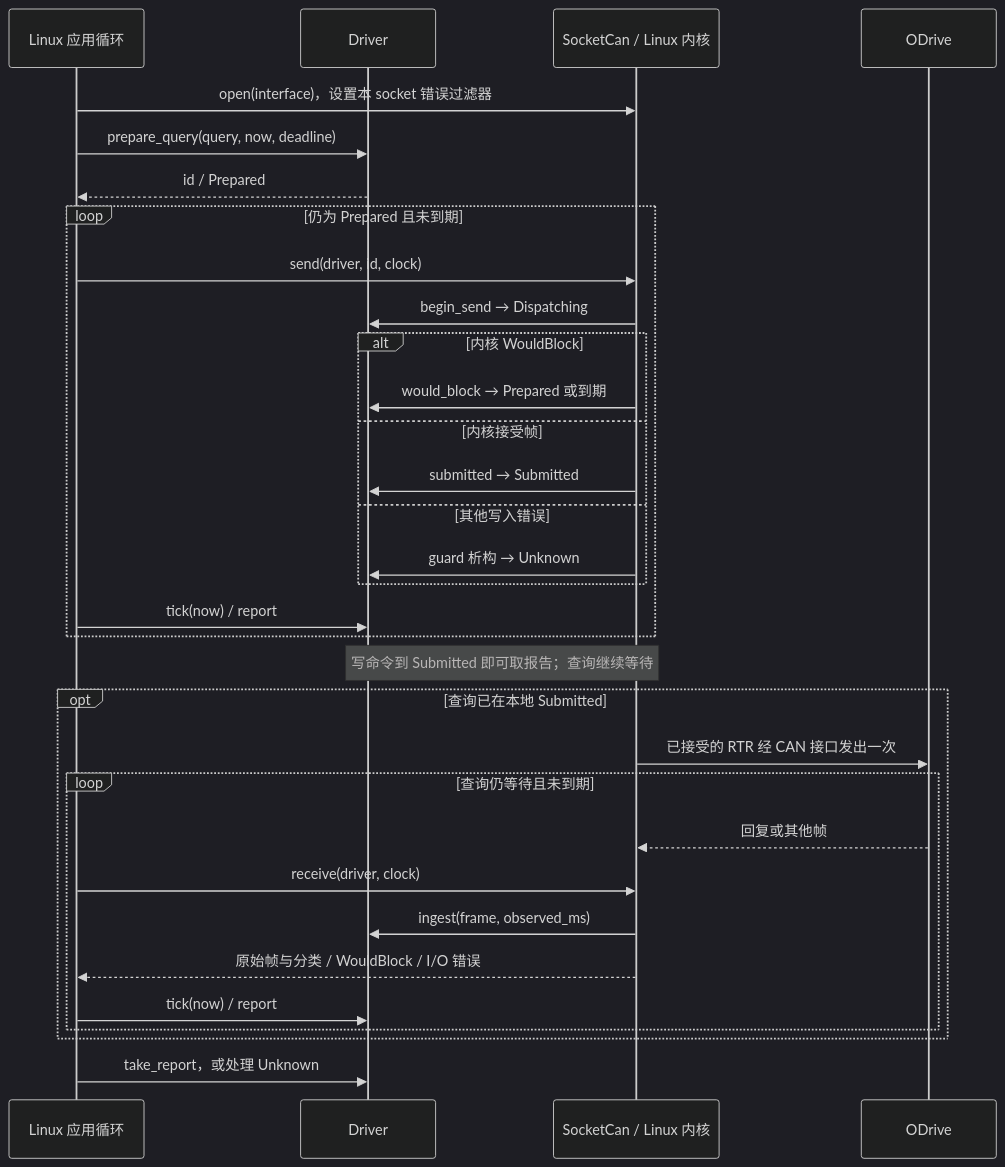
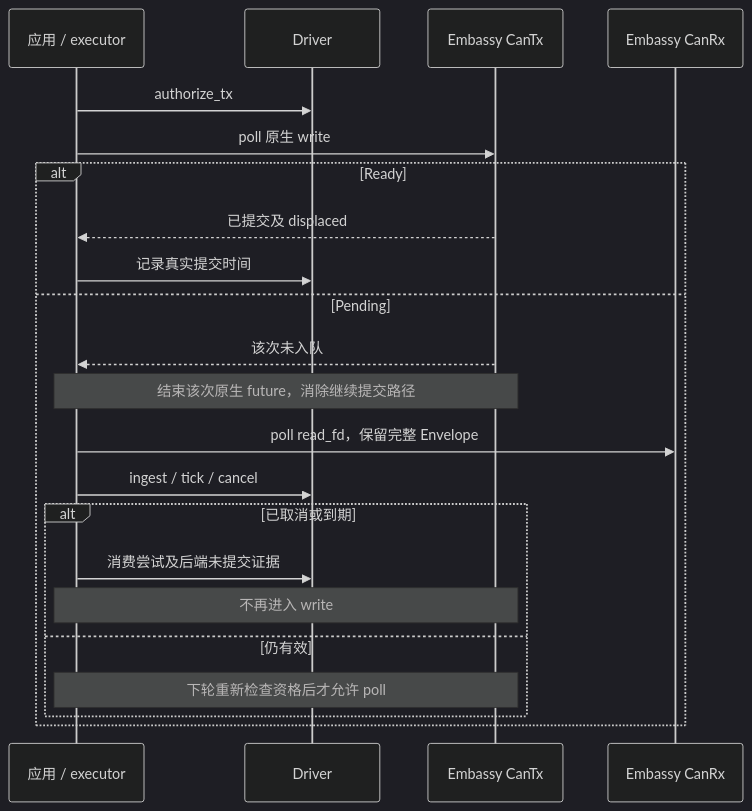
Before and after one commit to MRNIU/odrive-can-driver: the third of 3 diagrams in README.md, drawn with Mermaid (dark theme). The commit also changed other lines of this file and 15 other files, not shown here.

````diff
--- a/README.md
+++ b/README.md
@@ -338,34 +252,24 @@
 ```mermaid
 sequenceDiagram
-    participant App as Linux 应用循环
+    participant App as 应用 / executor
     participant Core as Driver
-    participant IO as SocketCan / Linux 内核
-    participant Device as ODrive
-    App->>IO: open(interface)，设置本 socket 错误过滤器
-    App->>Core: prepare_query(query, now, deadline)
-    Core-->>App: id / Prepared
-    loop 仍为 Prepared 且未到期
-        App->>IO: send(driver, id, clock)
-        IO->>Core: begin_send → Dispatching
-        alt 内核 WouldBlock
-            IO->>Core: would_block → Prepared 或到期
-        else 内核接受帧
-            IO->>Core: submitted → Submitted
-        else 其他写入错误
-            IO->>Core: guard 析构 → Unknown
-        end
-        App->>Core: tick(now) / report
-    end
-    Note over Core,IO: 写命令到 Submitted 即可取报告；查询继续等待
-    opt 查询已在本地 Submitted
-        IO->>Device: 已接受的 RTR 经 CAN 接口发出一次
-        loop 查询仍等待且未到期
-            Device-->>IO: 回复或其他帧
-            App->>IO: receive(driver, clock)
-            IO->>Core: ingest(frame, observed_ms)
-            IO-->>App: 原始帧与分类 / WouldBlock / I/O 错误
-            App->>Core: tick(now) / report
+    participant TX as Embassy CanTx
+    participant RX as Embassy CanRx
+    App->>Core: authorize_tx
+    App->>TX: poll 原生 write
+    alt Ready
+        TX-->>App: 已提交及 displaced
+        App->>Core: 记录真实提交时间
+    else Pending
+        TX-->>App: 该次未入队
+        Note over App,TX: 结束该次原生 future，消除继续提交路径
+        App->>RX: poll read_fd，保留完整 Envelope
+        App->>Core: ingest / tick / cancel
+        alt 已取消或到期
+            App->>Core: 消费尝试及后端未提交证据
+            Note over App,TX: 不再进入 write
+        else 仍有效
+            Note over App,TX: 下轮重新检查资格后才允许 poll
         end
     end
-    App->>Core: take_report，或处理 Unknown
 ```
````
